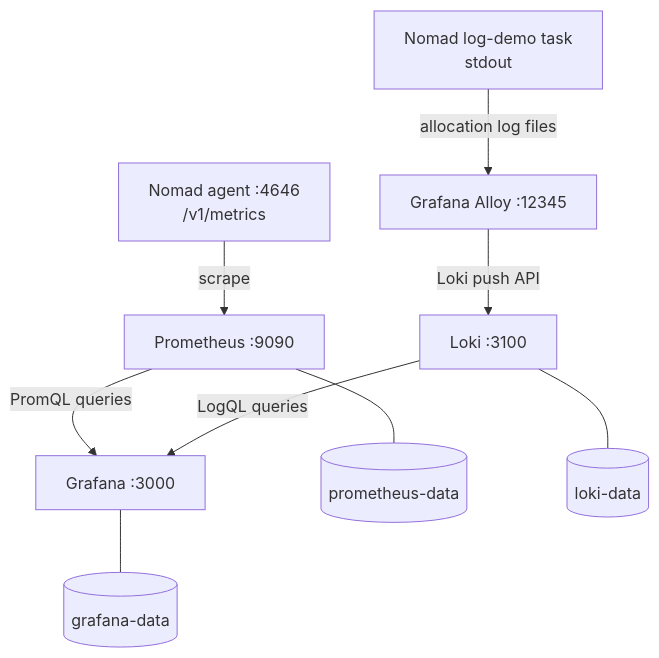
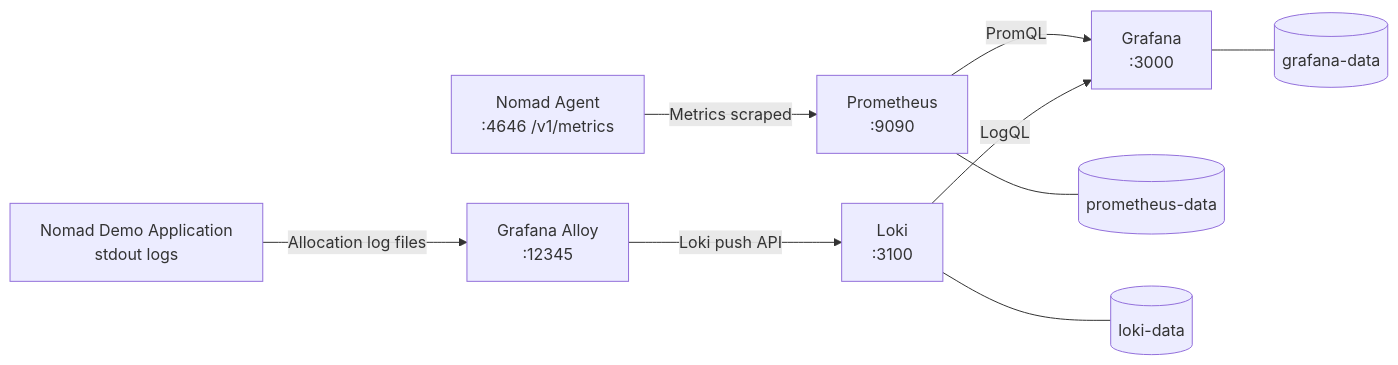
One commit to atiqa-ai/Monitoring-stack-Prometheus-Grafana-Loki-on-Nomad changed the diagram in README.md. Above: the diagram before and after it, drawn with Mermaid. The commit also changed other lines of this file, not shown here.

````diff
--- a/README.md
+++ b/README.md
@@ -14,11 +37,21 @@
 ```mermaid
-flowchart TD
-  N[Nomad agent :4646<br/>/v1/metrics] -->|scrape| P[Prometheus :9090]
-  P -->|PromQL queries| G[Grafana :3000]
-  D[Nomad log-demo task<br/>stdout] -->|allocation log files| A[Grafana Alloy :12345]
-  A -->|Loki push API| L[Loki :3100]
-  L -->|LogQL queries| G
-  P --- PV[(prometheus-data)]
-  L --- LV[(loki-data)]
-  G --- GV[(grafana-data)]
+flowchart LR
+    N["Nomad Agent<br/>:4646 /v1/metrics"]
+    P["Prometheus<br/>:9090"]
+    D["Nomad Demo Application<br/>stdout logs"]
+    A["Grafana Alloy<br/>:12345"]
+    L["Loki<br/>:3100"]
+    G["Grafana<br/>:3000"]
+    PV[(prometheus-data)]
+    LV[(loki-data)]
+    GV[(grafana-data)]
+
+    N -->|Metrics scraped| P
+    P -->|PromQL| G
+    D -->|Allocation log files| A
+    A -->|Loki push API| L
+    L -->|LogQL| G
+    P --- PV
+    L --- LV
+    G --- GV
 ```
````
